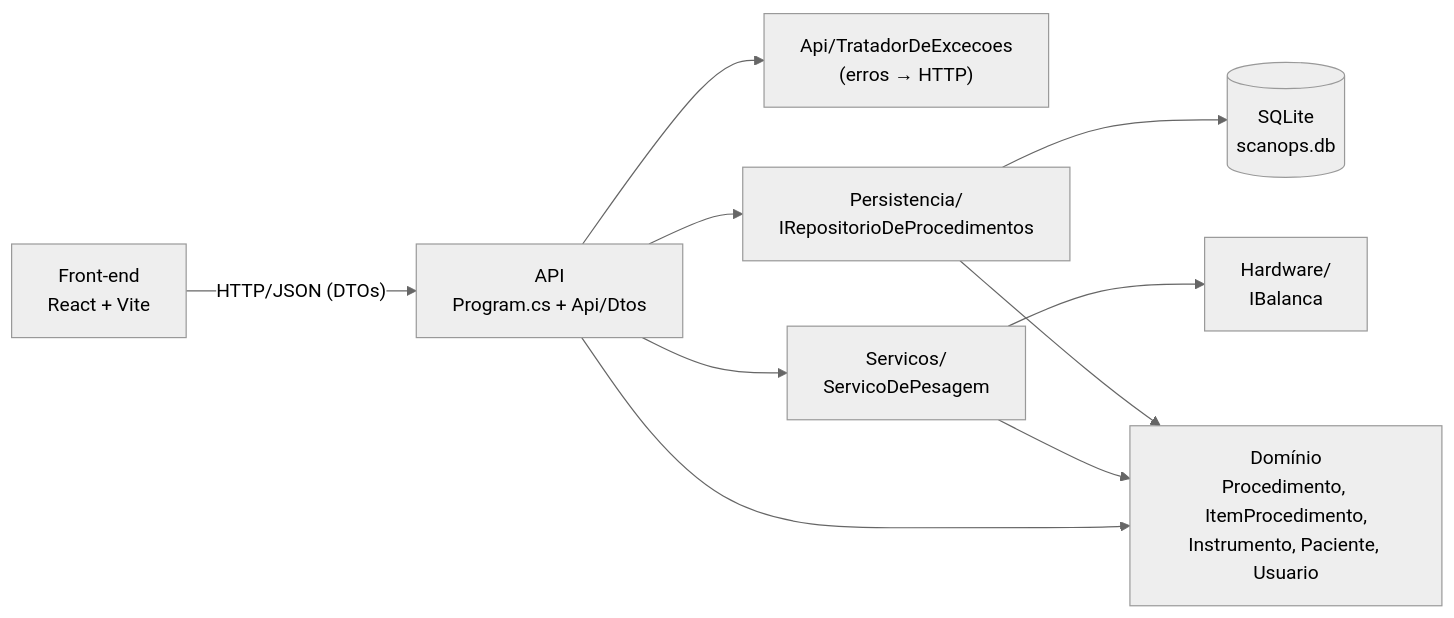
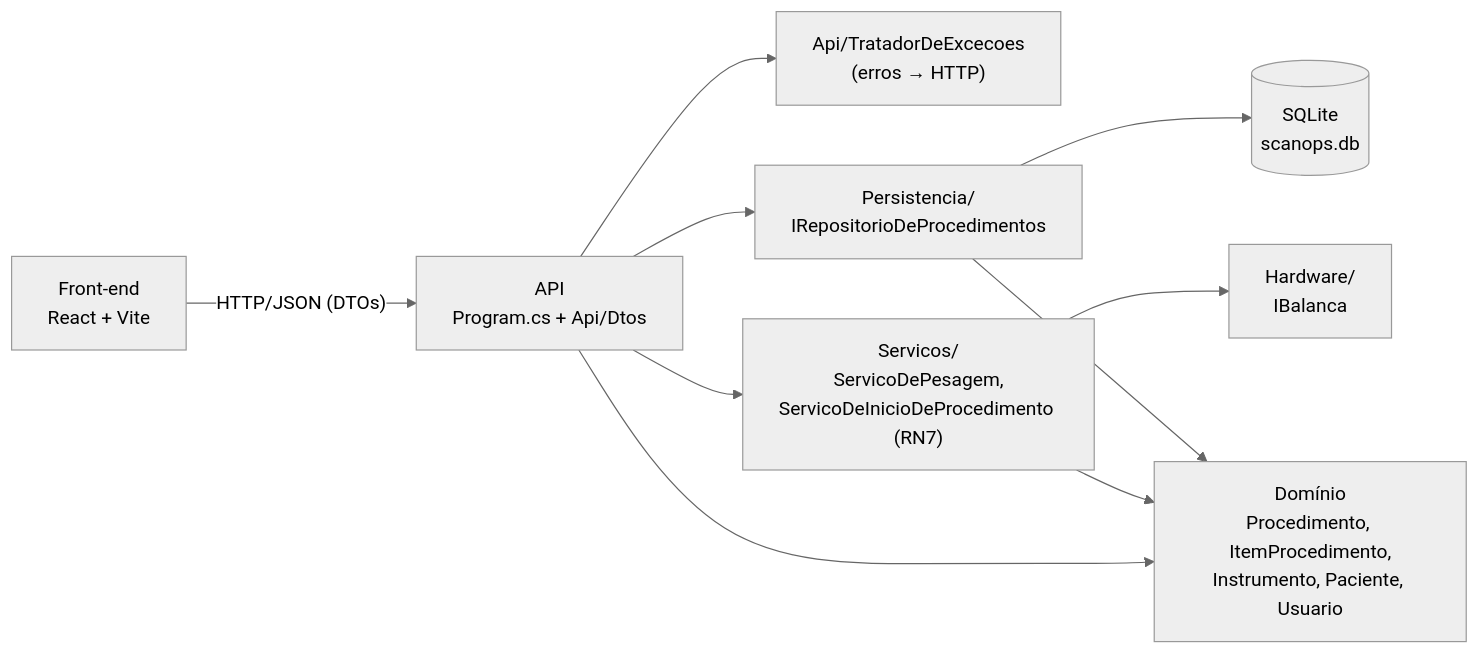
The diagram in docs/ARCHITECTURE.md (JoaoQueiroz7z/scanOPS), drawn with Mermaid (neutral theme) before and after one commit. The commit also changed other lines of this file and 14 other files, not shown here.

````diff
--- a/docs/ARCHITECTURE.md
+++ b/docs/ARCHITECTURE.md
@@ -38,12 +38,12 @@
 ```mermaid
 flowchart LR
     UI["Front-end<br/>React + Vite"] -- "HTTP/JSON (DTOs)" --> API["API<br/>Program.cs + Api/Dtos"]
     API --> TRAT["Api/TratadorDeExcecoes<br/>(erros → HTTP)"]
     API --> REPO["Persistencia/<br/>IRepositorioDeProcedimentos"]
-    API --> SRV["Servicos/<br/>ServicoDePesagem"]
+    API --> SRV["Servicos/<br/>ServicoDePesagem,<br/>ServicoDeInicioDeProcedimento (RN7)"]
     API --> DOM["Domínio<br/>Procedimento, ItemProcedimento,<br/>Instrumento, Paciente, Usuario"]
     SRV --> HW["Hardware/<br/>IBalanca"]
     SRV --> DOM
     REPO --> DOM
     REPO --> DB[("SQLite<br/>scanops.db")]
 ```
````
